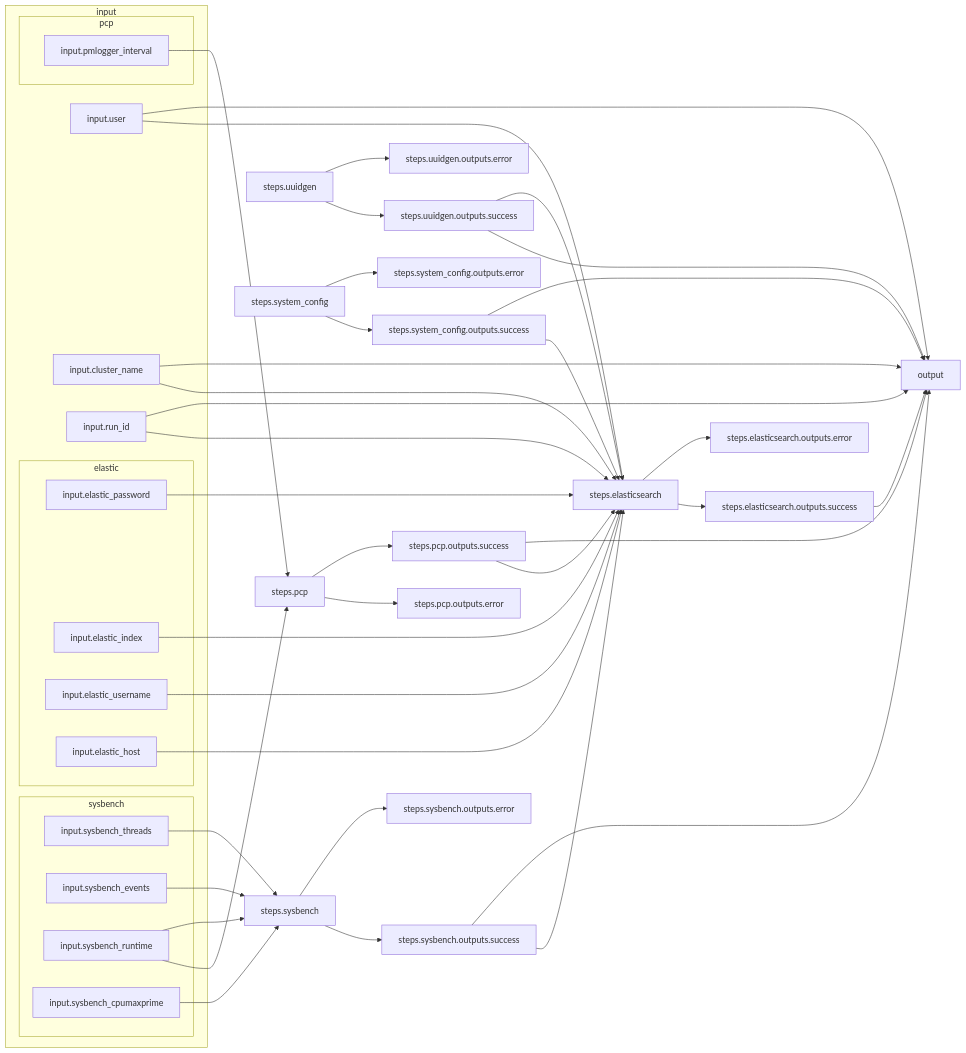
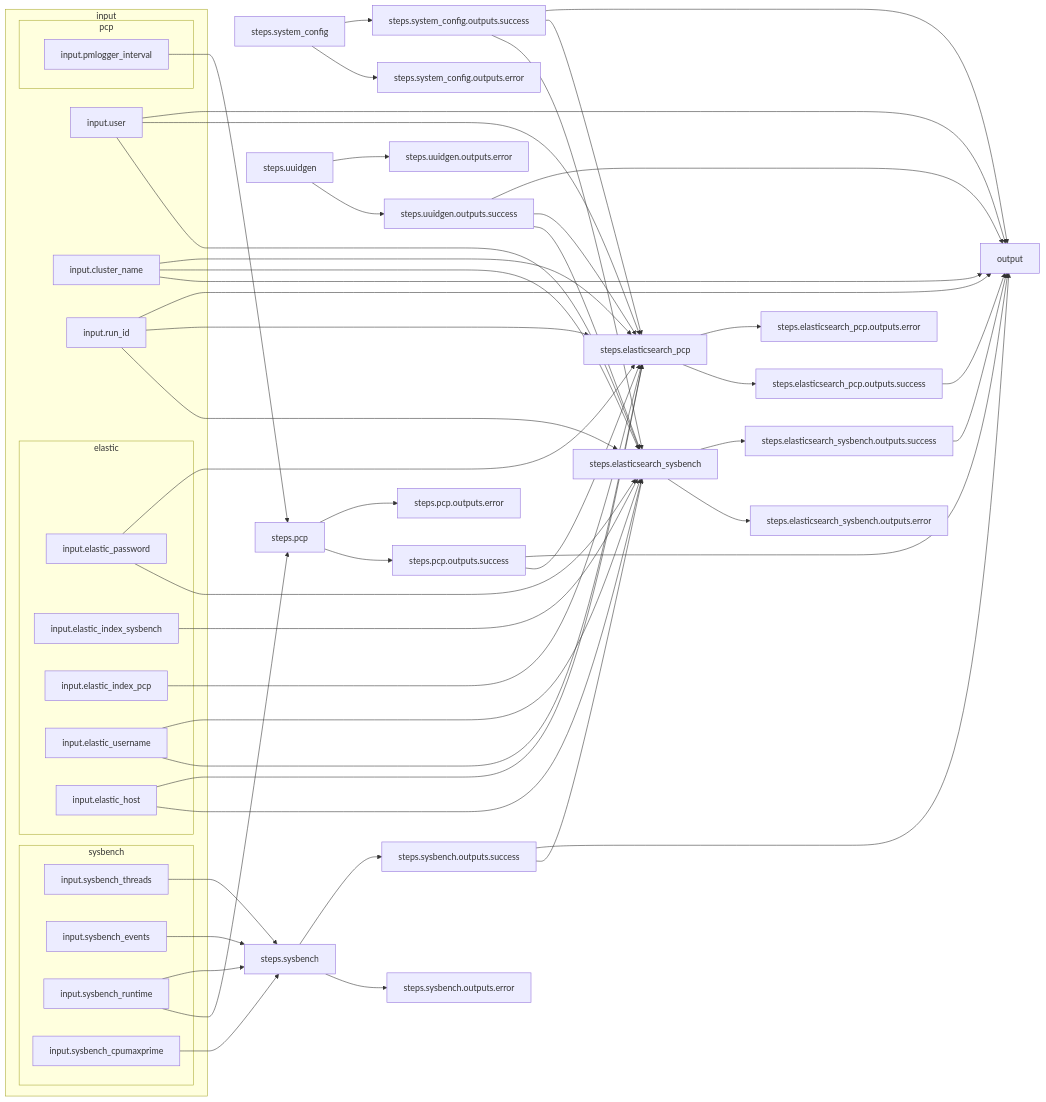
The diagram in perfscale-automotive/sysbench-pcp/README.md (redhat-performance/arcaflow-workflows), drawn with Mermaid before and after one commit. The commit also changed 2 other files, not shown here.

Commit message:
change sysbench+pcp workflow to use separate indexes

````diff
--- a/perfscale-automotive/sysbench-pcp/README.md
+++ b/perfscale-automotive/sysbench-pcp/README.md
@@ -67,58 +67,71 @@
 ```mermaid
 flowchart LR
 subgraph input
 input.user
 input.cluster_name
 input.run_id
 subgraph sysbench
 input.sysbench_threads
 input.sysbench_events
 input.sysbench_runtime
 input.sysbench_cpumaxprime
 end
 subgraph elastic
 input.elastic_password
-input.elastic_index
+input.elastic_index_sysbench
+input.elastic_index_pcp 
 input.elastic_username
 input.elastic_host
 end
 subgraph pcp
 input.pmlogger_interval
 end
 end
+steps.system_config-->steps.system_config.outputs.error
+steps.system_config-->steps.system_config.outputs.success
+steps.elasticsearch_sysbench.outputs.success-->output
+input.cluster_name-->output
+input.cluster_name-->steps.elasticsearch_sysbench
+input.cluster_name-->steps.elasticsearch_pcp
+steps.pcp-->steps.pcp.outputs.success
 steps.pcp-->steps.pcp.outputs.error
-steps.pcp-->steps.pcp.outputs.success
-steps.pcp.outputs.success-->steps.elasticsearch
+input.user-->steps.elasticsearch_sysbench
+input.user-->steps.elasticsearch_pcp
+input.user-->output
+steps.elasticsearch_pcp.outputs.success-->output
+steps.system_config.outputs.success-->steps.elasticsearch_sysbench
+steps.system_config.outputs.success-->steps.elasticsearch_pcp
+steps.system_config.outputs.success-->output
+input.sysbench_cpumaxprime-->steps.sysbench
+input.elastic_index_pcp-->steps.elasticsearch_pcp
+steps.sysbench-->steps.sysbench.outputs.error
+steps.sysbench-->steps.sysbench.outputs.success
+steps.uuidgen.outputs.success-->steps.elasticsearch_sysbench
+steps.uuidgen.outputs.success-->steps.elasticsearch_pcp
+steps.uuidgen.outputs.success-->output
+input.sysbench_runtime-->steps.pcp
+input.sysbench_runtime-->steps.sysbench
+steps.pcp.outputs.success-->steps.elasticsearch_pcp
 steps.pcp.outputs.success-->output
-input.sysbench_cpumaxprime-->steps.sysbench
-steps.system_config.outputs.success-->steps.elasticsearch
-steps.system_config.outputs.success-->output
-steps.uuidgen.outputs.success-->output
-steps.uuidgen.outputs.success-->steps.elasticsearch
-steps.elasticsearch.outputs.success-->output
+steps.elasticsearch_sysbench-->steps.elasticsearch_sysbench.outputs.error
+steps.elasticsearch_sysbench-->steps.elasticsearch_sysbench.outputs.success
+input.sysbench_threads-->steps.sysbench
+input.elastic_password-->steps.elasticsearch_sysbench
+input.elastic_password-->steps.elasticsearch_pcp
+input.sysbench_events-->steps.sysbench
+input.elastic_host-->steps.elasticsearch_sysbench
+input.elastic_host-->steps.elasticsearch_pcp
 steps.uuidgen-->steps.uuidgen.outputs.success
 steps.uuidgen-->steps.uuidgen.outputs.error
-input.run_id-->steps.elasticsearch
+input.elastic_username-->steps.elasticsearch_pcp
+input.elastic_username-->steps.elasticsearch_sysbench
+input.run_id-->steps.elasticsearch_sysbench
+input.run_id-->steps.elasticsearch_pcp
 input.run_id-->output
-input.cluster_name-->steps.elasticsearch
-input.cluster_name-->output
-input.elastic_password-->steps.elasticsearch
-input.elastic_username-->steps.elasticsearch
-input.sysbench_runtime-->steps.pcp
-input.sysbench_runtime-->steps.sysbench
-steps.sysbench.outputs.success-->steps.elasticsearch
+input.pmlogger_interval-->steps.pcp
+steps.sysbench.outputs.success-->steps.elasticsearch_sysbench
 steps.sysbench.outputs.success-->output
-steps.system_config-->steps.system_config.outputs.success
-steps.system_config-->steps.system_config.outputs.error
-steps.elasticsearch-->steps.elasticsearch.outputs.success
-steps.elasticsearch-->steps.elasticsearch.outputs.error
-input.sysbench_threads-->steps.sysbench
-input.sysbench_events-->steps.sysbench
-input.user-->steps.elasticsearch
-input.user-->output
-input.elastic_index-->steps.elasticsearch
-input.elastic_host-->steps.elasticsearch
-input.pmlogger_interval-->steps.pcp
-steps.sysbench-->steps.sysbench.outputs.success
-steps.sysbench-->steps.sysbench.outputs.error
+steps.elasticsearch_pcp-->steps.elasticsearch_pcp.outputs.success
+steps.elasticsearch_pcp-->steps.elasticsearch_pcp.outputs.error
+input.elastic_index_sysbench-->steps.elasticsearch_sysbench
 ```
````
